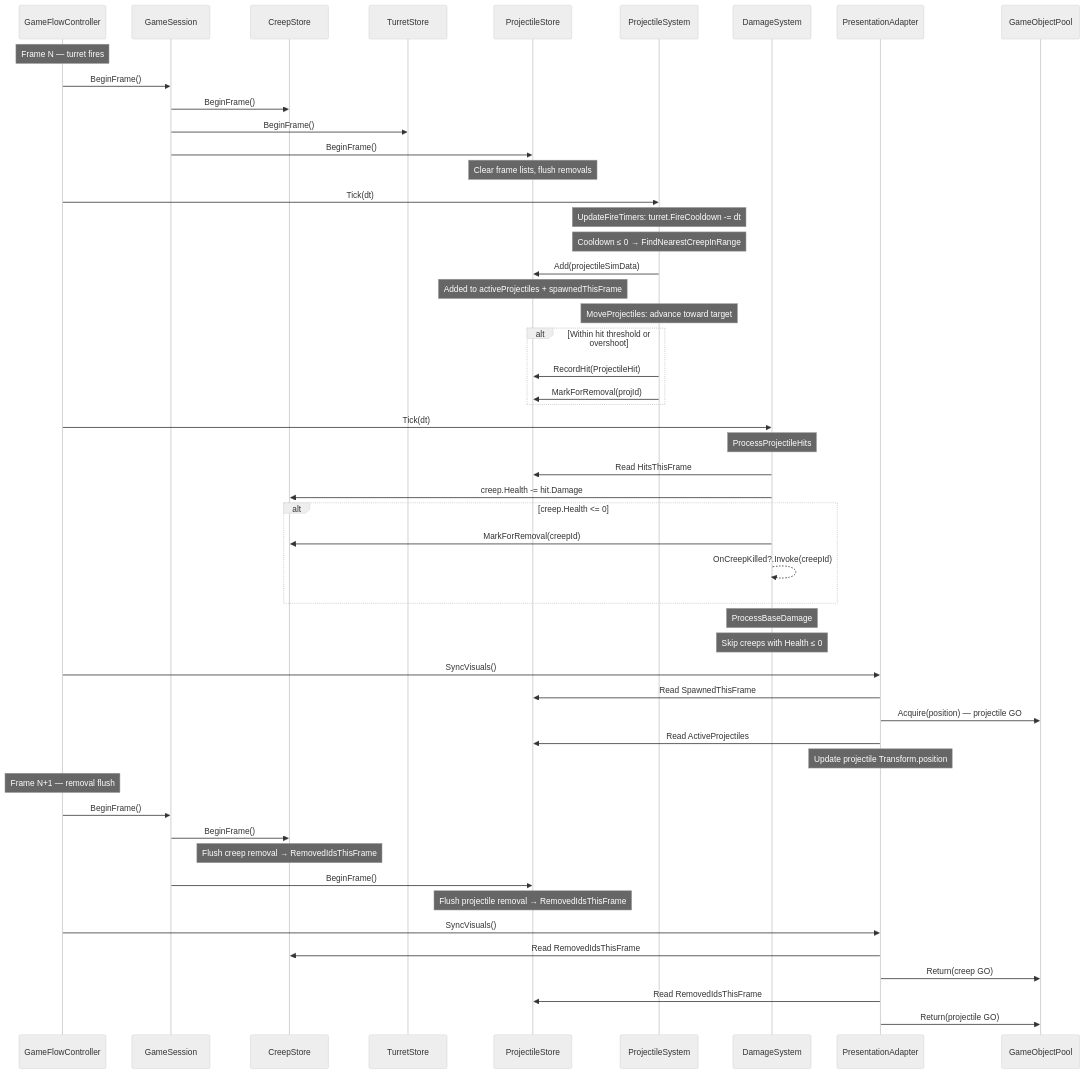
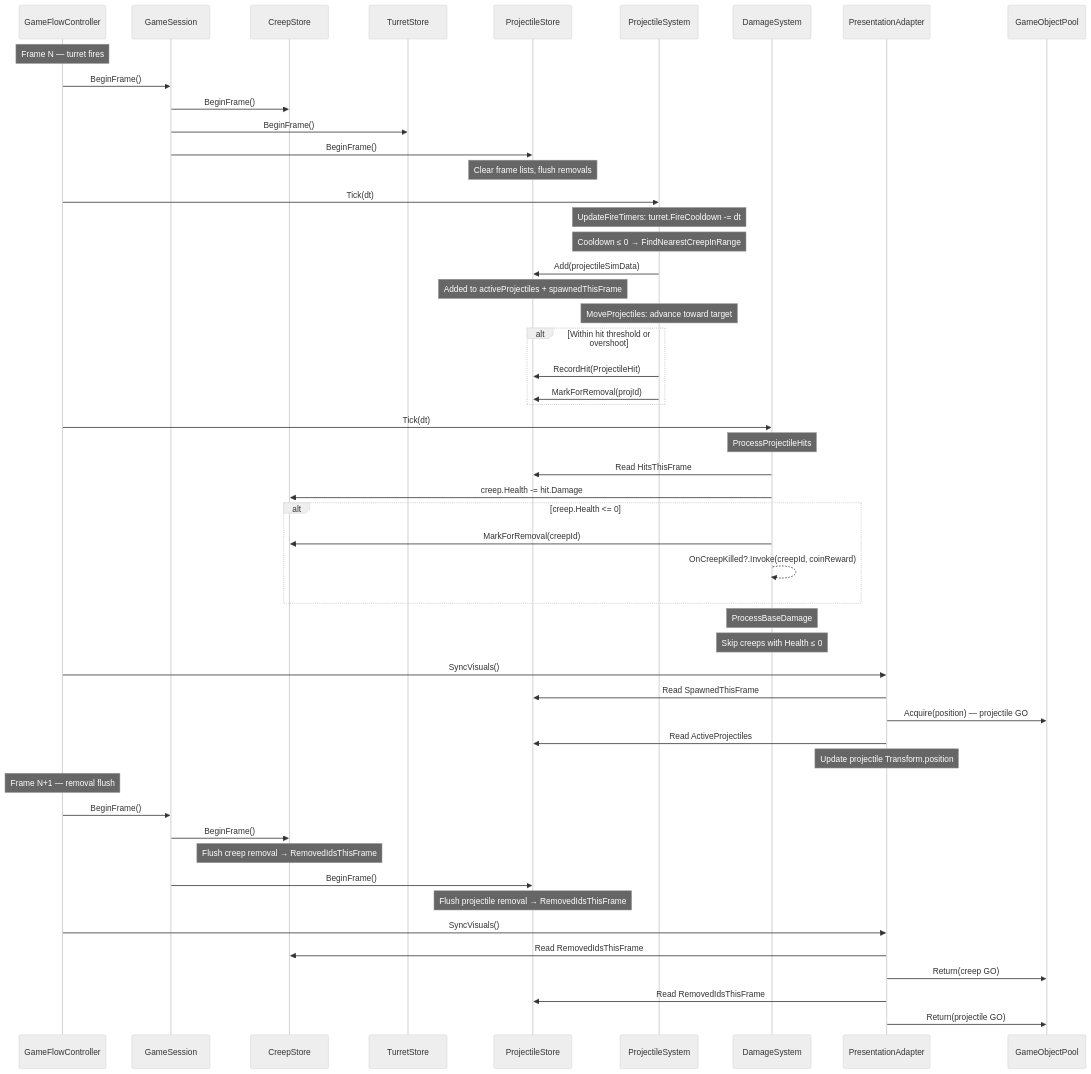
One commit to Number10Ox/MorlocsTowerDefense changed diagram 13 of 15 in Docs/Architecture-Diagrams.md. Above: the diagram before and after it, drawn with Mermaid (neutral theme). The commit also changed other lines of this file and 38 other files, not shown here.

````diff
--- a/Docs/Architecture-Diagrams.md
+++ b/Docs/Architecture-Diagrams.md
@@ -945,64 +951,64 @@
 ```mermaid
 sequenceDiagram
     participant Bootstrap as GameFlowController
     participant Session as GameSession
     participant CStore as CreepStore
     participant TStore as TurretStore
     participant PStore as ProjectileStore
     participant ProjSys as ProjectileSystem
     participant DmgSys as DamageSystem
     participant Pres as PresentationAdapter
     participant Pool as GameObjectPool
 
     Note over Bootstrap: Frame N — turret fires
 
     Bootstrap->>Session: BeginFrame()
     Session->>CStore: BeginFrame()
     Session->>TStore: BeginFrame()
     Session->>PStore: BeginFrame()
     Note over PStore: Clear frame lists‚ flush removals
 
     Bootstrap->>ProjSys: Tick(dt)
     Note over ProjSys: UpdateFireTimers: turret.FireCooldown -= dt
     Note over ProjSys: Cooldown ≤ 0 → FindNearestCreepInRange
     ProjSys->>PStore: Add(projectileSimData)
     Note over PStore: Added to activeProjectiles + spawnedThisFrame
 
     Note over ProjSys: MoveProjectiles: advance toward target
     alt Within hit threshold or overshoot
         ProjSys->>PStore: RecordHit(ProjectileHit)
         ProjSys->>PStore: MarkForRemoval(projId)
     end
 
     Bootstrap->>DmgSys: Tick(dt)
     Note over DmgSys: ProcessProjectileHits
     DmgSys->>PStore: Read HitsThisFrame
     DmgSys->>CStore: creep.Health -= hit.Damage
     alt creep.Health <= 0
         DmgSys->>CStore: MarkForRemoval(creepId)
-        DmgSys-->>DmgSys: OnCreepKilled?.Invoke(creepId)
+        DmgSys-->>DmgSys: OnCreepKilled?.Invoke(creepId‚ coinReward)
     end
 
     Note over DmgSys: ProcessBaseDamage
     Note over DmgSys: Skip creeps with Health ≤ 0
 
     Bootstrap->>Pres: SyncVisuals()
     Pres->>PStore: Read SpawnedThisFrame
     Pres->>Pool: Acquire(position) — projectile GO
     Pres->>PStore: Read ActiveProjectiles
     Note over Pres: Update projectile Transform.position
 
     Note over Bootstrap: Frame N+1 — removal flush
 
     Bootstrap->>Session: BeginFrame()
     Session->>CStore: BeginFrame()
     Note over CStore: Flush creep removal → RemovedIdsThisFrame
     Session->>PStore: BeginFrame()
     Note over PStore: Flush projectile removal → RemovedIdsThisFrame
 
     Bootstrap->>Pres: SyncVisuals()
     Pres->>CStore: Read RemovedIdsThisFrame
     Pres->>Pool: Return(creep GO)
     Pres->>PStore: Read RemovedIdsThisFrame
     Pres->>Pool: Return(projectile GO)
 ```
````
